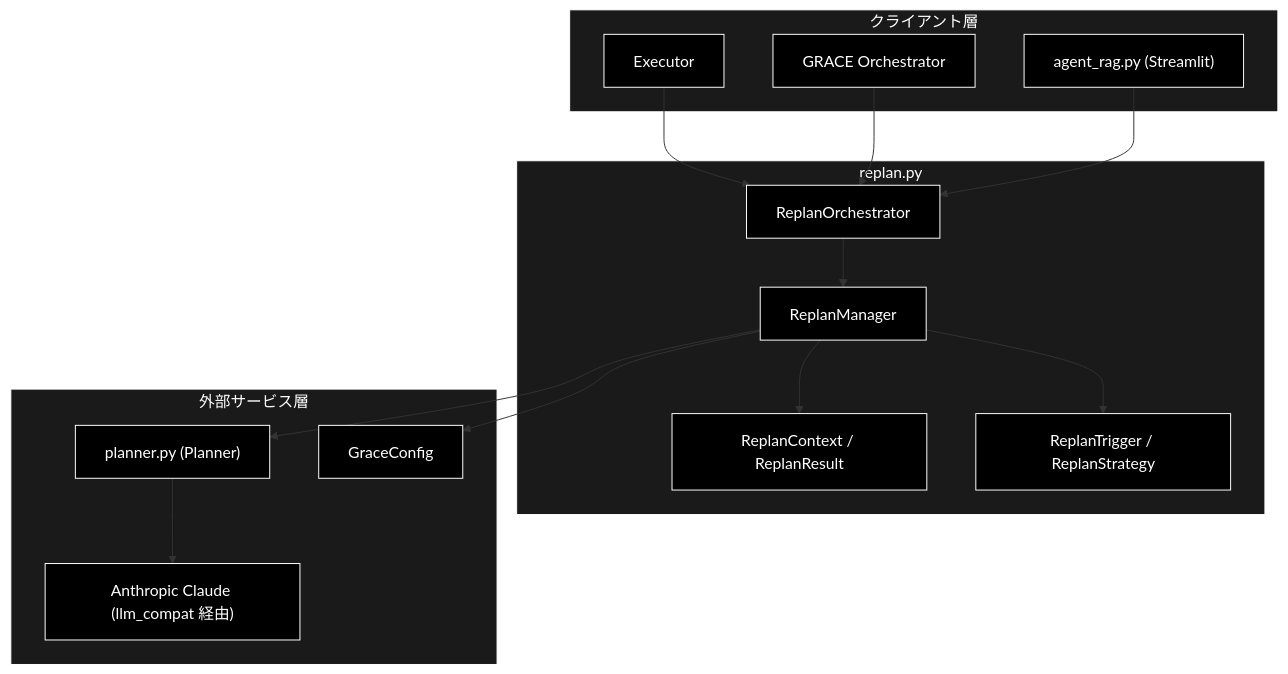
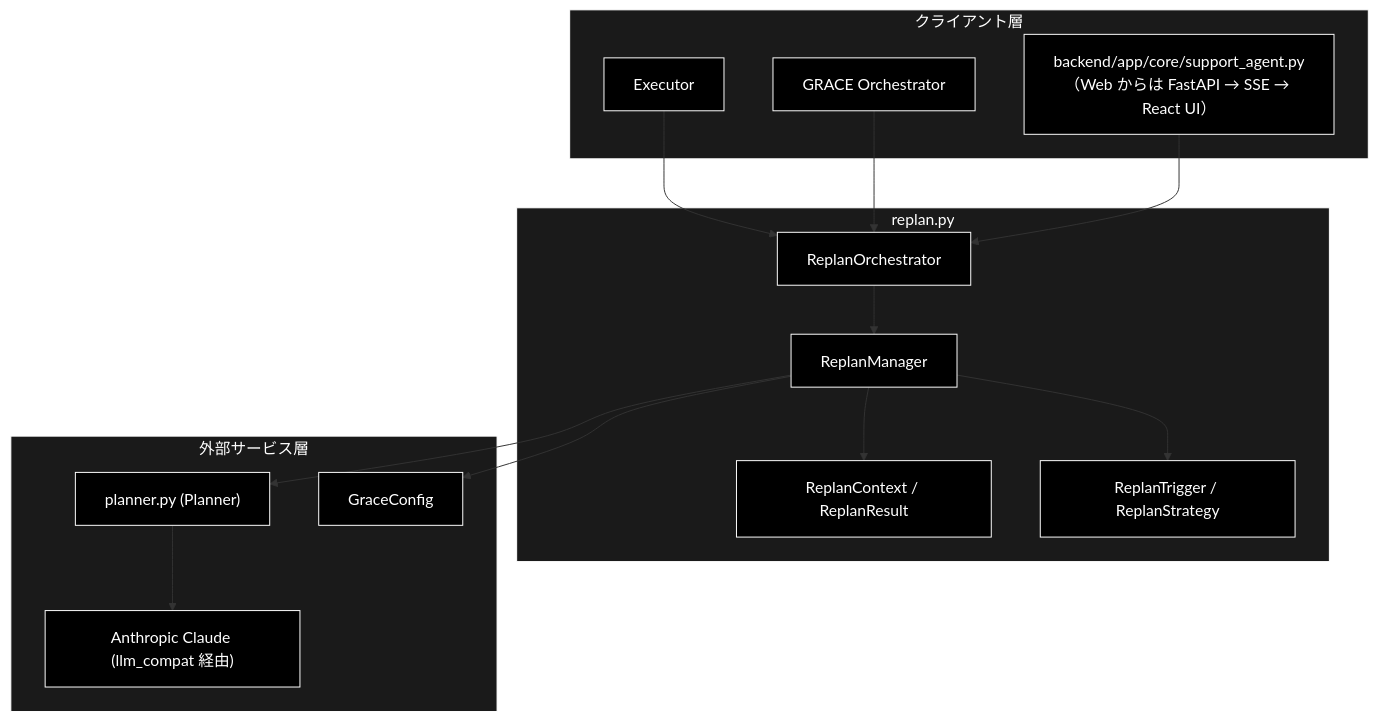
One commit to nakashima2toshio/grace_v2 changed the first of 3 diagrams in grace/docs/replan.md. Above: the diagram before and after it, drawn with Mermaid. The commit also changed other lines of this file and 12 other files, not shown here.

````diff
--- a/grace/docs/replan.md
+++ b/grace/docs/replan.md
@@ -73,37 +73,37 @@
 ```mermaid
 flowchart TB
     subgraph CLIENT["クライアント層"]
         EXEC["Executor"]
         ORCHESTRATOR["GRACE Orchestrator"]
-        UI["agent_rag.py (Streamlit)"]
+        UI["backend/app/core/support_agent.py<br>（Web からは FastAPI → SSE → React UI）"]
     end
 
     subgraph MODULE["replan.py"]
         ORCH["ReplanOrchestrator"]
         MGR["ReplanManager"]
         CTX["ReplanContext / ReplanResult"]
         ENUM["ReplanTrigger / ReplanStrategy"]
     end
 
     subgraph EXTERNAL["外部サービス層"]
         PLANNER["planner.py (Planner)"]
         LLM["Anthropic Claude (llm_compat 経由)"]
         CONFIG["GraceConfig"]
     end
 
     EXEC --> ORCH
     ORCHESTRATOR --> ORCH
     UI --> ORCH
     ORCH --> MGR
     MGR --> CTX
     MGR --> ENUM
     MGR --> PLANNER
     PLANNER --> LLM
     MGR --> CONFIG
 classDef default fill:#000,stroke:#fff,color:#fff
 classDef subgraphStyle fill:#1a1a1a,stroke:#fff,color:#fff
 class EXEC,ORCHESTRATOR,UI,ORCH,MGR,CTX,ENUM,PLANNER,LLM,CONFIG default
 style CLIENT fill:#1a1a1a,stroke:#fff,color:#fff
 style MODULE fill:#1a1a1a,stroke:#fff,color:#fff
 style EXTERNAL fill:#1a1a1a,stroke:#fff,color:#fff
 ```
````
